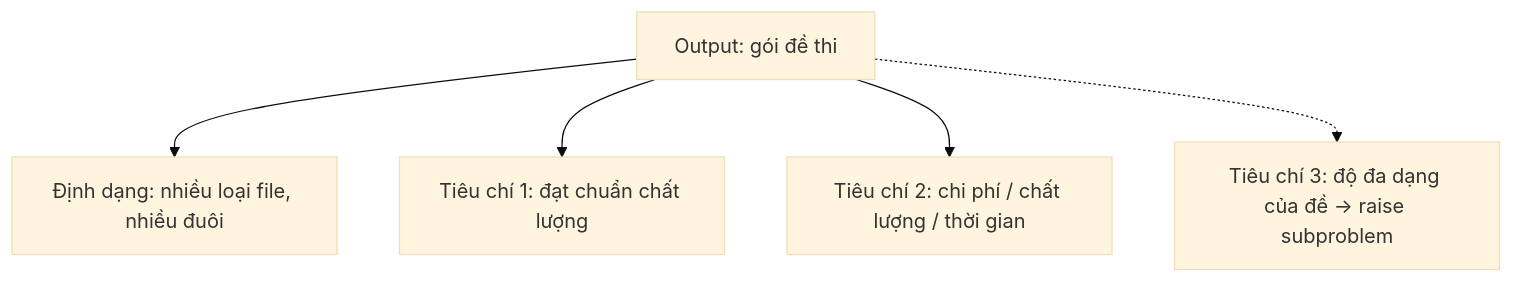
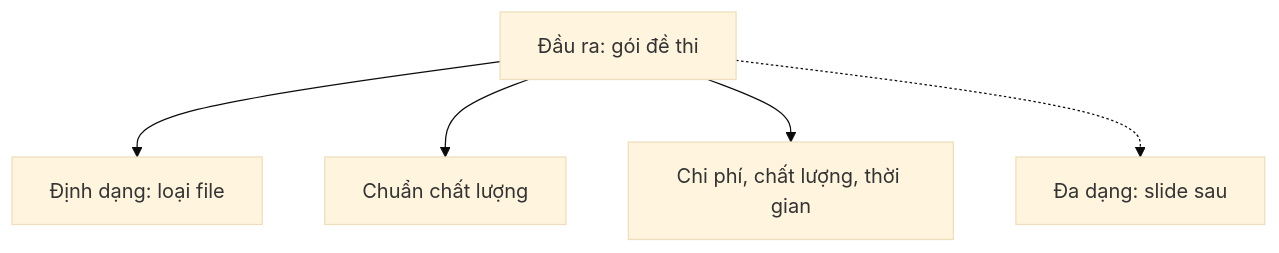
Before and after one commit to ndmhuy/ASTRA: diagram 11 of 16 in docs/ct-slide-plan.md, drawn with Mermaid (base theme). The commit also changed other lines of this file and 1 other file, not shown here.

First line of the commit message:
docs(slides): apply team review to CT slide plan (v2)

````diff
--- a/docs/ct-slide-plan.md
+++ b/docs/ct-slide-plan.md
@@ -494,8 +470,8 @@
 ```mermaid
 flowchart TD
-    O["Output: gói đề thi"]
-    O --> F["Định dạng: nhiều loại file, nhiều đuôi"]
-    O --> Q["Tiêu chí 1: đạt chuẩn chất lượng"]
-    O --> C["Tiêu chí 2: chi phí / chất lượng / thời gian"]
-    O -.-> DV["Tiêu chí 3: độ đa dạng của đề → raise subproblem"]
+    O["Đầu ra: gói đề thi"]
+    O --> F["Định dạng: loại file"]
+    O --> Q["Chuẩn chất lượng"]
+    O --> C["Chi phí, chất lượng, thời gian"]
+    O -.-> DV["Đa dạng: slide sau"]
 ```
````
